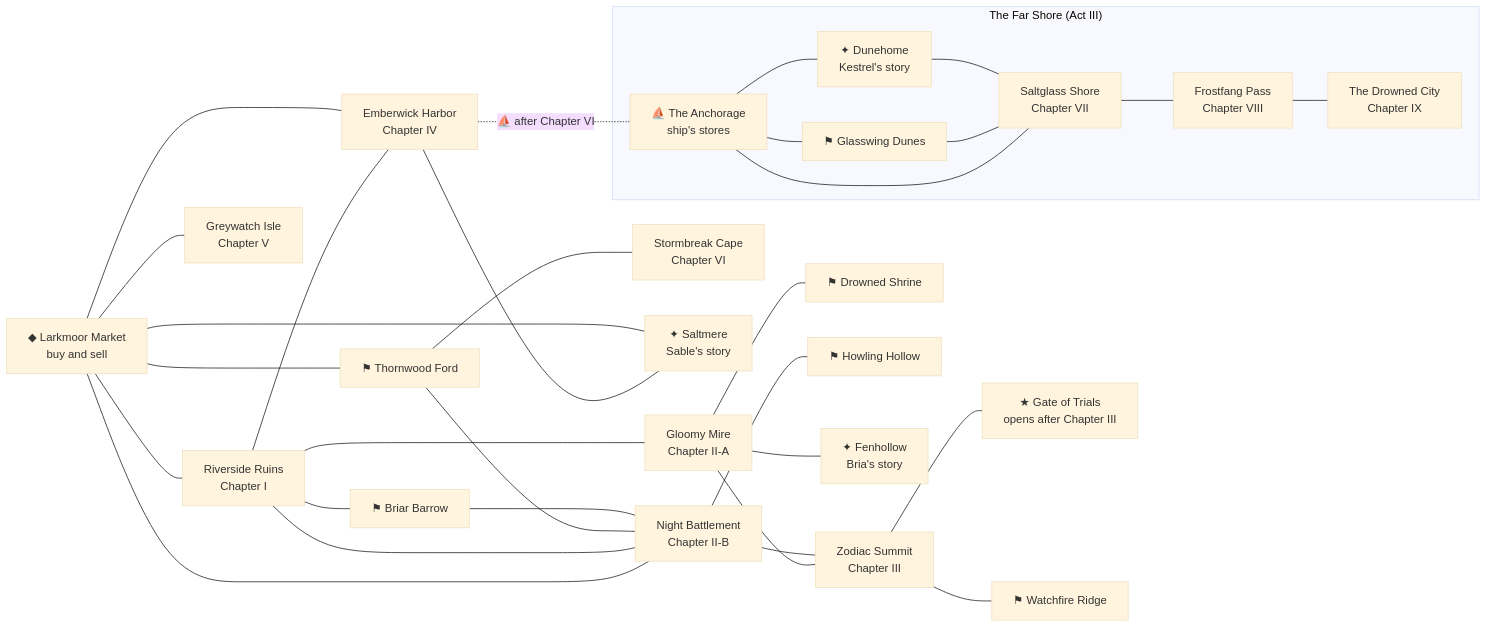
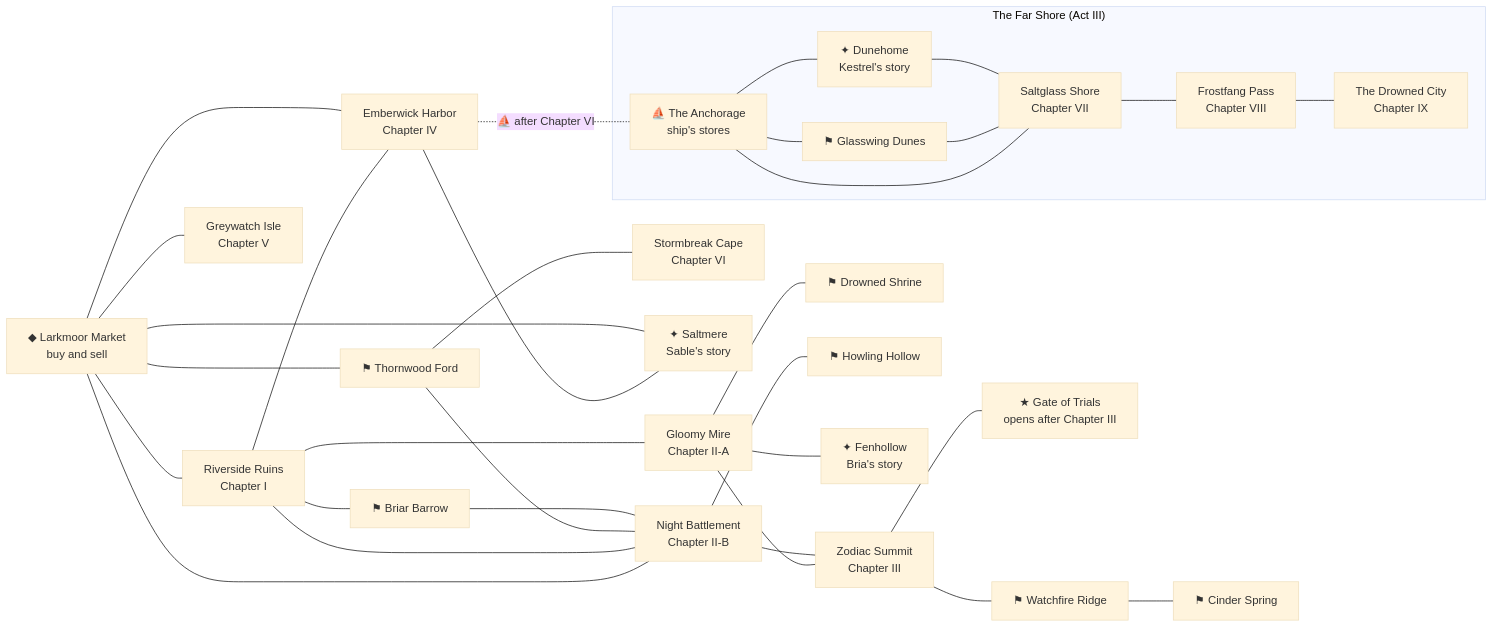
Before and after one commit to CptNope/Chess-RPG-Tactics: the fourth of 5 diagrams in docs/GAMEPLAY_GUIDE.md, drawn with Mermaid (base theme). The commit also changed other lines of this file and 31 other files, not shown here.

First line of the commit message:
0.48.0: hazards, hold zones and the Cinder Spring

````diff
--- a/docs/GAMEPLAY_GUIDE.md
+++ b/docs/GAMEPLAY_GUIDE.md
@@ -130,27 +130,27 @@
 ```mermaid
 flowchart LR
     M["◆ Larkmoor Market<br/>buy and sell"] --- R["Riverside Ruins<br/>Chapter I"]
     M --- B["Night Battlement<br/>Chapter II-B"]
     R --- G["Gloomy Mire<br/>Chapter II-A"]
     R --- B
     G --- Z["Zodiac Summit<br/>Chapter III"]
     B --- Z
     Z --- T["★ Gate of Trials<br/>opens after Chapter III"]
     R --- H["Emberwick Harbor<br/>Chapter IV"]
     M --- H
     M --- I["Greywatch Isle<br/>Chapter V"]
     M --- TF["⚑ Thornwood Ford"] --- B
     TF --- CP["Stormbreak Cape<br/>Chapter VI"]
     G --- DS["⚑ Drowned Shrine"]
-    Z --- WR["⚑ Watchfire Ridge"]
+    Z --- WR["⚑ Watchfire Ridge"] --- CS["⚑ Cinder Spring"]
     B --- HH["⚑ Howling Hollow"]
     R --- BB["⚑ Briar Barrow"] --- B
     G --- FH["✦ Fenhollow<br/>Bria's story"]
     H --- SM["✦ Saltmere<br/>Sable's story"] --- M
     H -. "⛵ after Chapter VI" .- A
     subgraph FS["The Far Shore (Act III)"]
         A["⛵ The Anchorage<br/>ship's stores"] --- SG["Saltglass Shore<br/>Chapter VII"] --- FP["Frostfang Pass<br/>Chapter VIII"] --- DC["The Drowned City<br/>Chapter IX"]
         A --- GD["⚑ Glasswing Dunes"] --- SG
         A --- DH["✦ Dunehome<br/>Kestrel's story"] --- SG
     end
 ```
````
